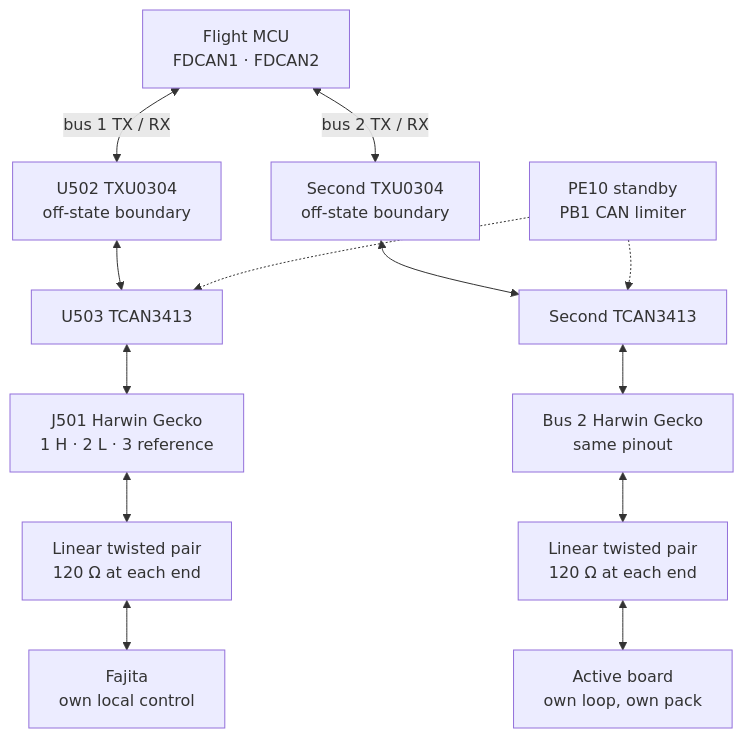
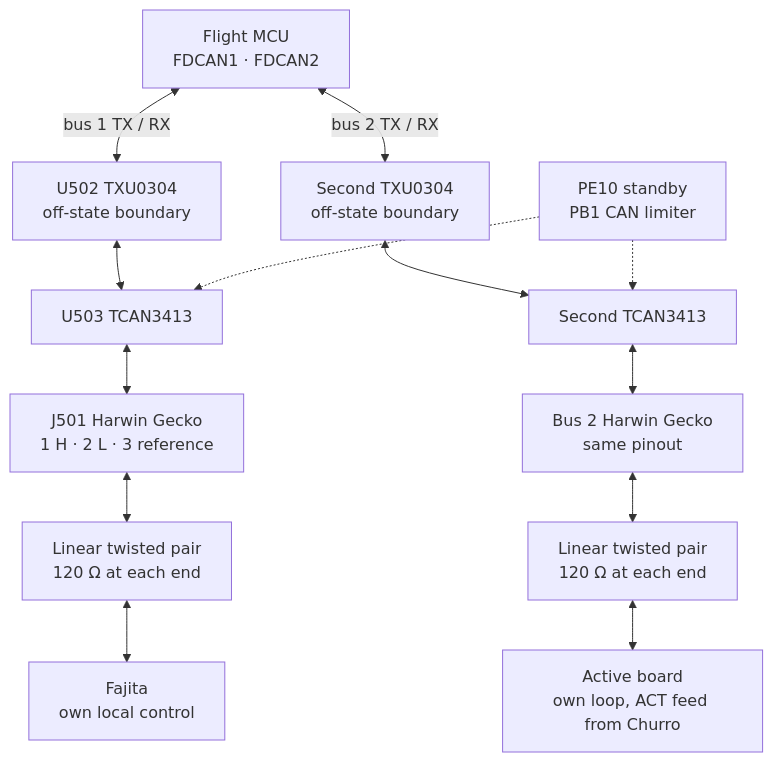
The third of 3 diagrams in docs/architecture/08-foinse-can.md (ULAS-HiPR/Ogma2), drawn with Mermaid before and after one commit. The commit also changed other lines of this file and 12 other files, not shown here.

````diff
--- a/docs/architecture/08-foinse-can.md
+++ b/docs/architecture/08-foinse-can.md
@@ -137,25 +142,25 @@
 ```mermaid
 flowchart TB
   F["Flight MCU
 FDCAN1 · FDCAN2"] <-->|"bus 1 TX / RX"| X["U502 TXU0304
 off-state boundary"]
   X <--> T["U503 TCAN3413"]
   T <--> J["J501 Harwin Gecko
 1 H · 2 L · 3 reference"]
   J <--> H["Linear twisted pair
 120 Ω at each end"]
   H <--> P["Fajita
 own local control"]
   F <-->|"bus 2 TX / RX"| X2["Second TXU0304
 off-state boundary"]
   X2 <--> T2["Second TCAN3413"]
   T2 <--> J2["Bus 2 Harwin Gecko
 same pinout"]
   J2 <--> H2["Linear twisted pair
 120 Ω at each end"]
   H2 <--> A["Active board
-own loop, own pack"]
+own loop, ACT feed from Churro"]
   S["PE10 standby
 PB1 CAN limiter"] -.-> T
   S -.-> T2
 ```
````
